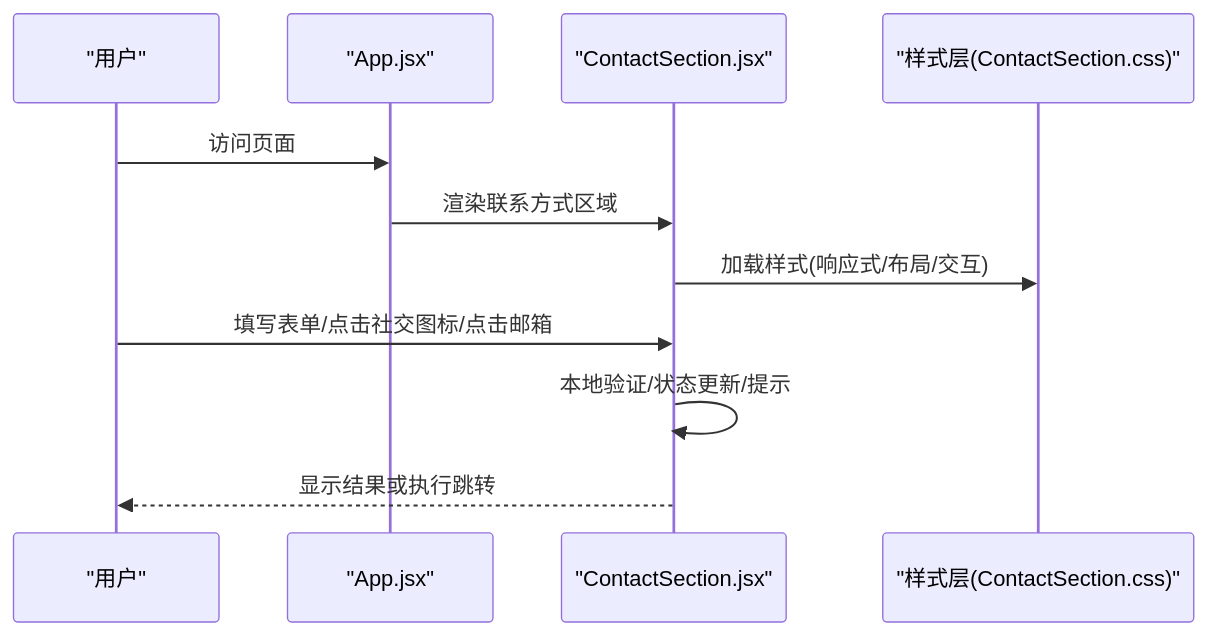
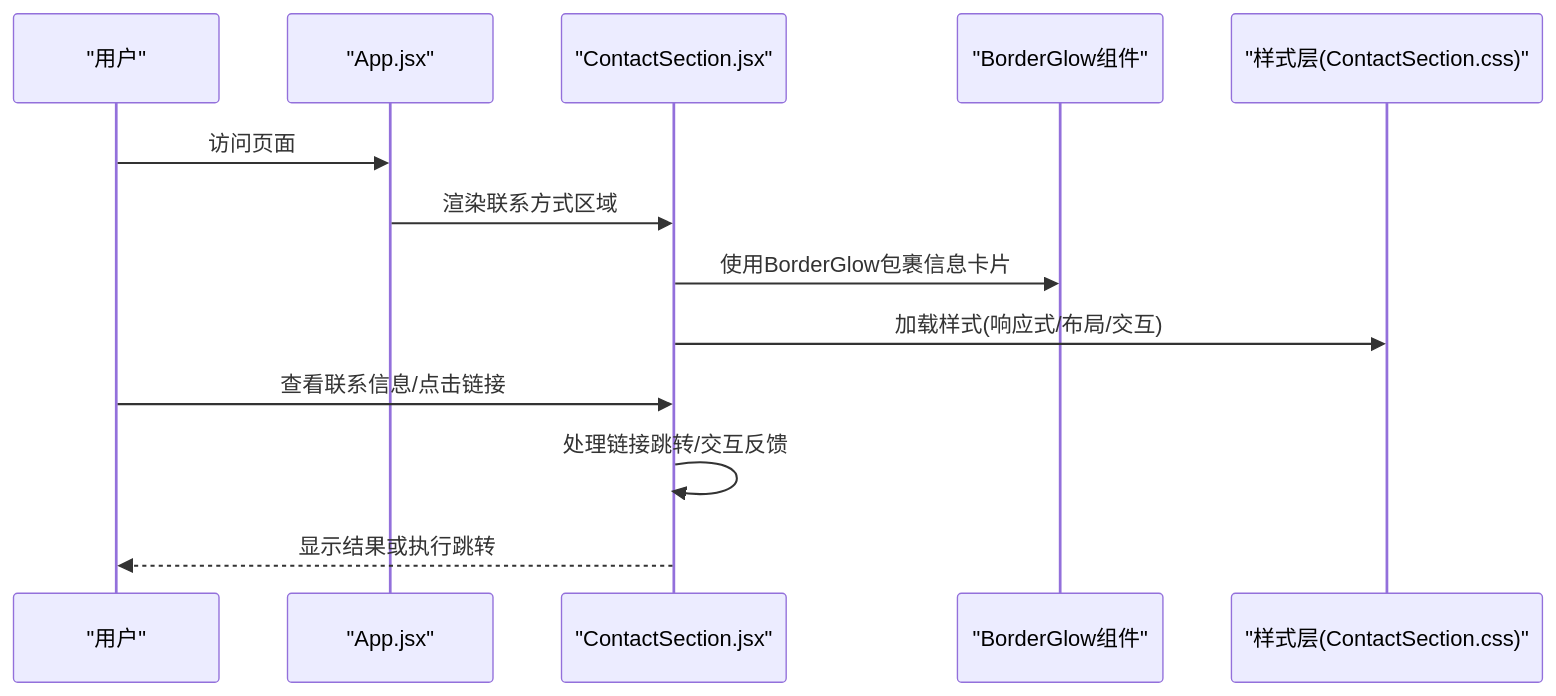
Before and after one commit to lithos666/lithos666.github.io: the second of 4 diagrams in .qoder/repowiki/zh/content/核心功能模块/联系方式组件.md, drawn with Mermaid. The commit also changed other lines of this file and 51 other files, not shown here.

````diff
--- a/.qoder/repowiki/zh/content/核心功能模块/联系方式组件.md
+++ b/.qoder/repowiki/zh/content/核心功能模块/联系方式组件.md
@@ -62,13 +83,15 @@
 ```mermaid
 sequenceDiagram
 participant U as "用户"
 participant A as "App.jsx"
 participant C as "ContactSection.jsx"
+participant B as "BorderGlow组件"
 participant S as "样式层(ContactSection.css)"
 U->>A : 访问页面
 A->>C : 渲染联系方式区域
+C->>B : 使用BorderGlow包裹信息卡片
 C->>S : 加载样式(响应式/布局/交互)
-U->>C : 填写表单/点击社交图标/点击邮箱
-C->>C : 本地验证/状态更新/提示
+U->>C : 查看联系信息/点击链接
+C->>C : 处理链接跳转/交互反馈
 C-->>U : 显示结果或执行跳转
 ```
````
